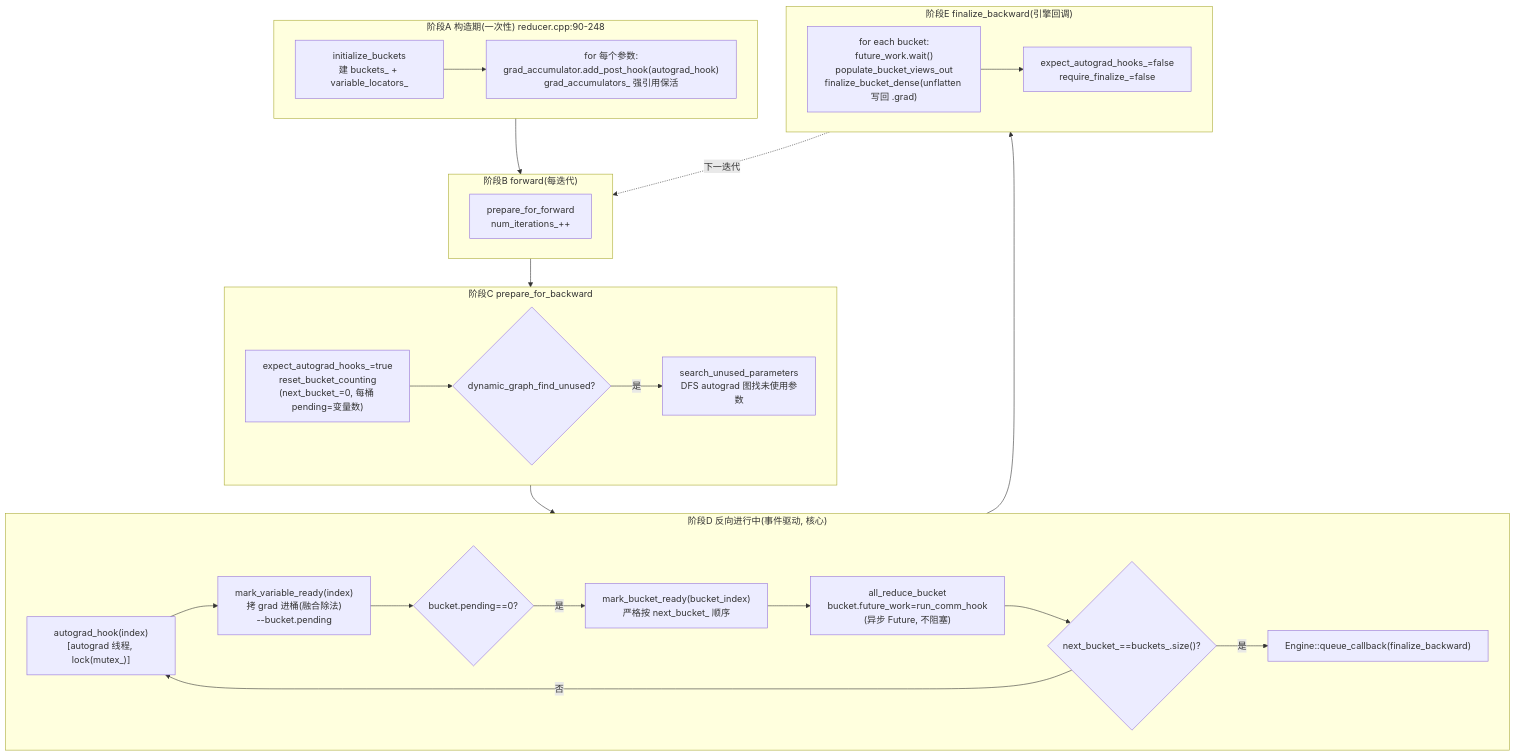
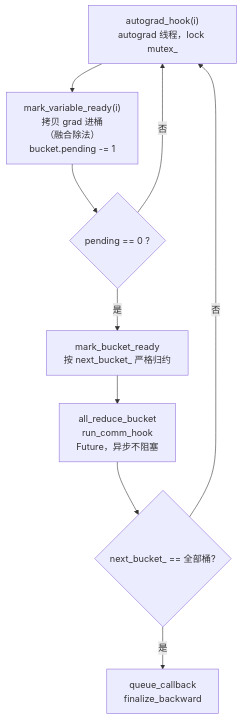
The fourth of 4 diagrams in docs/knowledge/pytorch/pytorch-reducer.md (stevexiaofei/second-brain), drawn with Mermaid before and after one commit. The commit also changed other lines of this file and 2 other files, not shown here.

Commit message:
docs: improve mermaid diagram rendering and simplify reducer diagrams
- Mermaid plugin: switch to 'neutral' theme, disable useMaxWidth for all
  diagram types so SVG keeps native size instead of being squeezed,
  enable htmlLabels + wrap for sequence diagrams
- custom.css: wrap .mermaid in scrollable card with light background,
  bump node/edge label fonts to 15/13px, preserve SVG native width via
  max-width:none so text is readable on wide diagrams, add styled
  scrollbar, responsive downgrade for <640px
- pytorch-reducer.md: split over-crowded "5-stage core flow" into a
  clean 5-node overview flowchart + a focused phase-D call chain,
  replace long state-transition labels (parenthetical bools/counters)
  with short labels and reference the state table below, use direction
  LR for state diagram to match screen aspect ratio

````diff
--- a/docs/knowledge/pytorch/pytorch-reducer.md
+++ b/docs/knowledge/pytorch/pytorch-reducer.md
@@ -115,38 +137,15 @@
 ```mermaid
 flowchart TD
-    subgraph A["阶段A 构造期(一次性) reducer.cpp:90-248"]
-        A1["initialize_buckets<br/>建 buckets_ + variable_locators_"]
-        A2["for 每个参数:<br/>grad_accumulator.add_post_hook(autograd_hook)<br/>grad_accumulators_ 强引用保活"]
-        A1 --> A2
-    end
-    subgraph B["阶段B forward(每迭代)"]
-        B1["prepare_for_forward<br/>num_iterations_++"]
-    end
-    subgraph C["阶段C prepare_for_backward"]
-        C1["expect_autograd_hooks_=true<br/>reset_bucket_counting<br/>(next_bucket_=0, 每桶 pending=变量数)"]
-        C2{"dynamic_graph_find_unused?"}
-        C3["search_unused_parameters<br/>DFS autograd 图找未使用参数"]
-        C1 --> C2
-        C2 -->|是| C3
-    end
-    subgraph D["阶段D 反向进行中(事件驱动, 核心)"]
-        D1["autograd_hook(index)<br/>[autograd 线程, lock(mutex_)]"]
-        D2["mark_variable_ready(index)<br/>拷 grad 进桶(融合除法)<br/>--bucket.pending"]
-        D3{"bucket.pending==0?"}
-        D4["mark_bucket_ready(bucket_index)<br/>严格按 next_bucket_ 顺序"]
-        D5["all_reduce_bucket<br/>bucket.future_work=run_comm_hook<br/>(异步 Future, 不阻塞)"]
-        D6{"next_bucket_==buckets_.size()?"}
-        D7["Engine::queue_callback(finalize_backward)"]
-        D1 --> D2 --> D3
-        D3 -->|是| D4 --> D5 --> D6
-        D6 -->|是| D7
-        D6 -->|否| D1
-    end
-    subgraph E["阶段E finalize_backward(引擎回调)"]
-        E1["for each bucket:<br/>future_work.wait()<br/>populate_bucket_views_out<br/>finalize_bucket_dense(unflatten 写回 .grad)"]
-        E2["expect_autograd_hooks_=false<br/>require_finalize_=false"]
-        E1 --> E2
-    end
-    A --> B --> C --> D --> E
-    E -.->|下一迭代| B
+    D1["autograd_hook(i)<br/>autograd 线程，lock mutex_"]
+    D2["mark_variable_ready(i)<br/>拷贝 grad 进桶<br/>（融合除法）<br/>bucket.pending -= 1"]
+    D3{"pending == 0 ?"}
+    D4["mark_bucket_ready<br/>按 next_bucket_ 严格归约"]
+    D5["all_reduce_bucket<br/>run_comm_hook<br/>Future，异步不阻塞"]
+    D6{"next_bucket_ == 全部桶?"}
+    D7["queue_callback<br/>finalize_backward"]
+    D1 --> D2 --> D3
+    D3 --"是"--> D4 --> D5 --> D6
+    D3 --"否"--> D1
+    D6 --"是"--> D7
+    D6 --"否"--> D1
 ```
````
